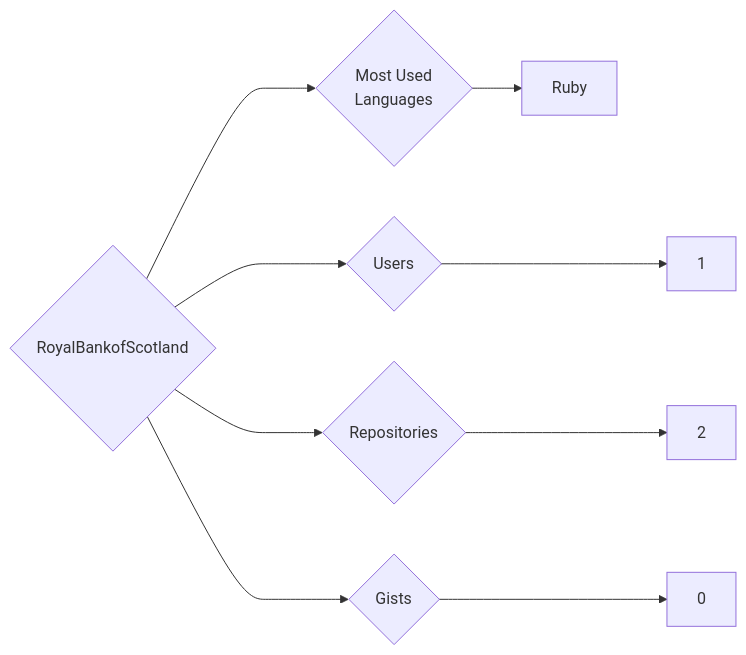
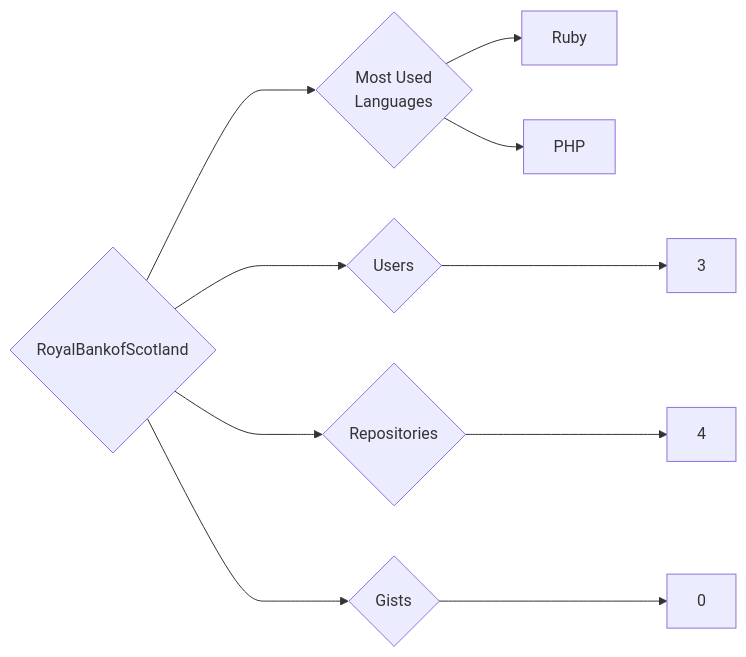
The diagram in targets/RoyalBankofScotland/README.md (trickest/insiders), drawn with Mermaid before and after one commit. The commit also changed 1479 other files, not shown here.

````diff
--- a/targets/RoyalBankofScotland/README.md
+++ b/targets/RoyalBankofScotland/README.md
@@ -3,9 +3,10 @@
 ```mermaid
 graph LR
 COMPANY_NAME{RoyalBankofScotland}
-COMPANY_NAME ---> U{Users} ---> UN[1]
-COMPANY_NAME ---> R{Repositories} ---> RN[2]
+COMPANY_NAME ---> U{Users} ---> UN[3]
+COMPANY_NAME ---> R{Repositories} ---> RN[4]
 COMPANY_NAME ---> G{Gists} ---> GN[0]
 COMPANY_NAME ---> ML{Most Used<br>Languages}
 ML --> Ruby[Ruby]
+ML --> PHP[PHP]
 ```
````
